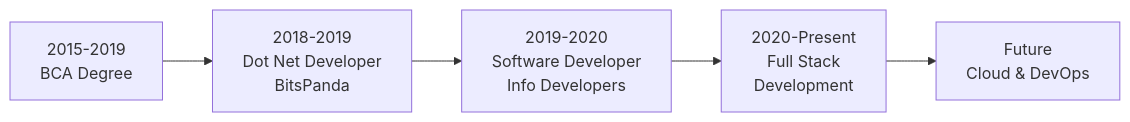
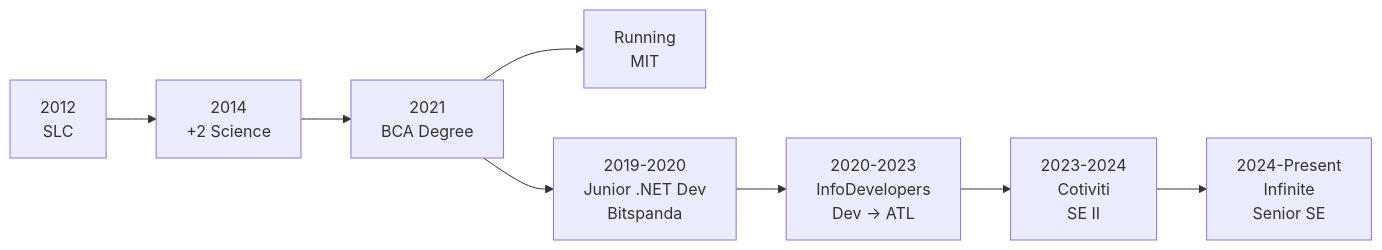
The diagram in GITHUB_PROFILE_README.md (Aayam007/Protfolio), drawn with Mermaid before and after one commit. The commit also changed other lines of this file and 5 other files, not shown here.

````diff
--- a/GITHUB_PROFILE_README.md
+++ b/GITHUB_PROFILE_README.md
@@ -206,7 +205,10 @@
 ```mermaid
 graph LR
-    A[2015-2019<br/>BCA Degree] --> B[2018-2019<br/>Dot Net Developer<br/>BitsPanda]
-    B --> C[2019-2020<br/>Software Developer<br/>Info Developers]
-    C --> D[2020-Present<br/>Full Stack<br/>Development]
-    D --> E[Future<br/>Cloud & DevOps]
+  A[2012<br/>SLC] --> B[2014<br/>+2 Science]
+  B --> C[2021<br/>BCA Degree]
+  C --> H[Running<br/>MIT]
+  C --> D[2019-2020<br/>Junior .NET Dev<br/>Bitspanda]
+  D --> E[2020-2023<br/>InfoDevelopers<br/>Dev → ATL]
+  E --> F[2023-2024<br/>Cotiviti<br/>SE II]
+  F --> G[2024-Present<br/>Infinite<br/>Senior SE]
 ```
````
